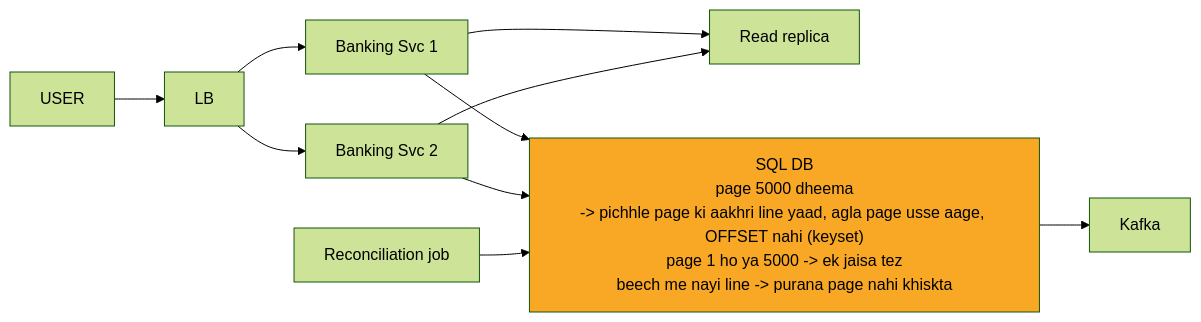
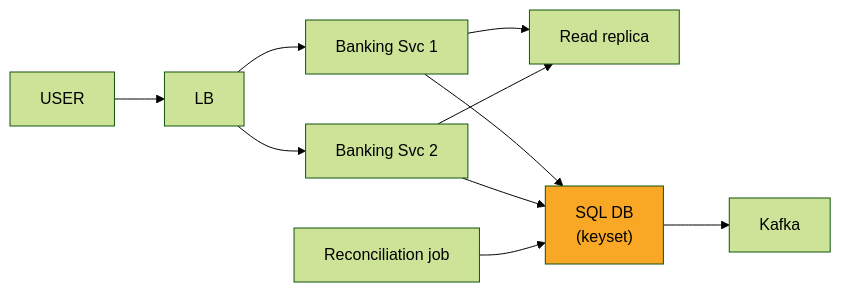
Before and after one commit to ArpanMaheshwari144/Prep: the diagram in 04_HLD/SYSTEM_DESIGNS/13_banking_system/img/c10.mmd, drawn with Mermaid (forest theme). The commit also changed 46 other files, not shown here.

```diff
--- a/04_HLD/SYSTEM_DESIGNS/13_banking_system/img/c10.mmd
+++ b/04_HLD/SYSTEM_DESIGNS/13_banking_system/img/c10.mmd
@@ -1,20 +1,20 @@
 %%{init: {"flowchart": {"wrappingWidth": 450}}}%%
 flowchart LR
     n_USER["USER"]
     n_LB["LB"]
     n_S1["Banking Svc 1"]
     n_S2["Banking Svc 2"]
     n_RR["Read replica"]
-    n_DB["SQL DB<br/>page 5000 dheema<br/>-> pichhle page ki aakhri line yaad, agla page usse aage, OFFSET nahi (keyset)<br/>page 1 ho ya 5000 -> ek jaisa tez<br/>beech me nayi line -> purana page nahi khiskta"]
+    n_DB["SQL DB<br/>(keyset)"]
     n_K["Kafka"]
     n_REC["Reconciliation job"]
     n_USER --> n_LB
     n_LB --> n_S1
     n_LB --> n_S2
     n_S1 --> n_RR
     n_S2 --> n_RR
     n_S1 --> n_DB
     n_S2 --> n_DB
     n_DB --> n_K
     n_REC --> n_DB
     style n_DB fill:#f9a825,color:#000
```
